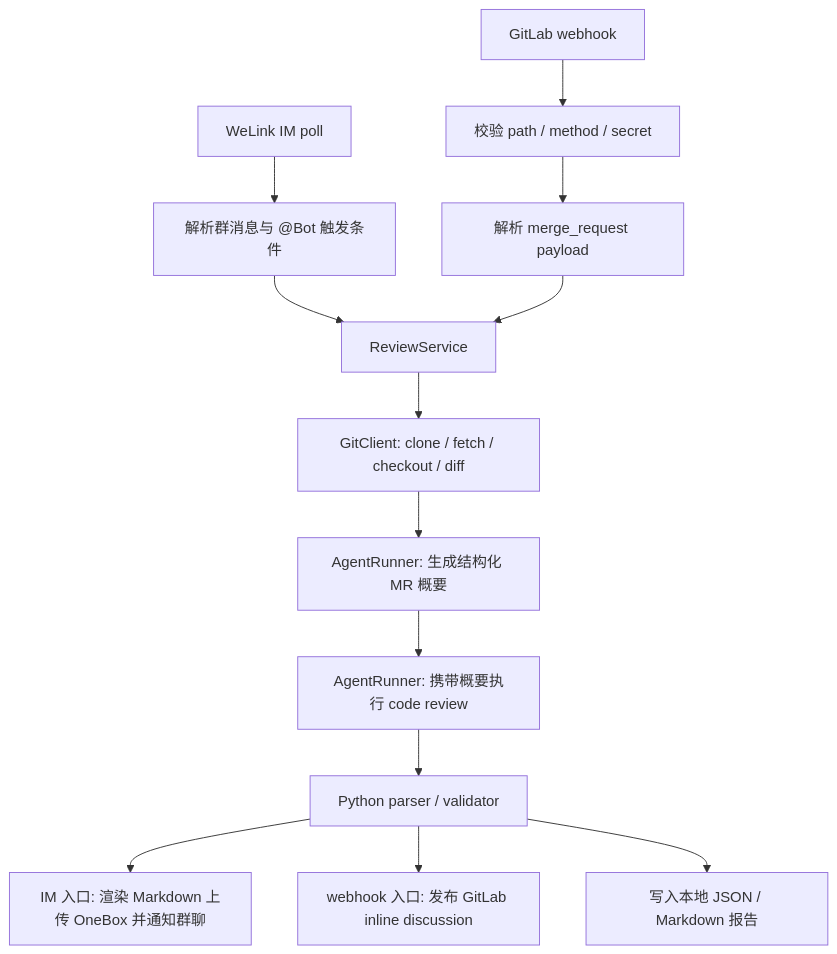
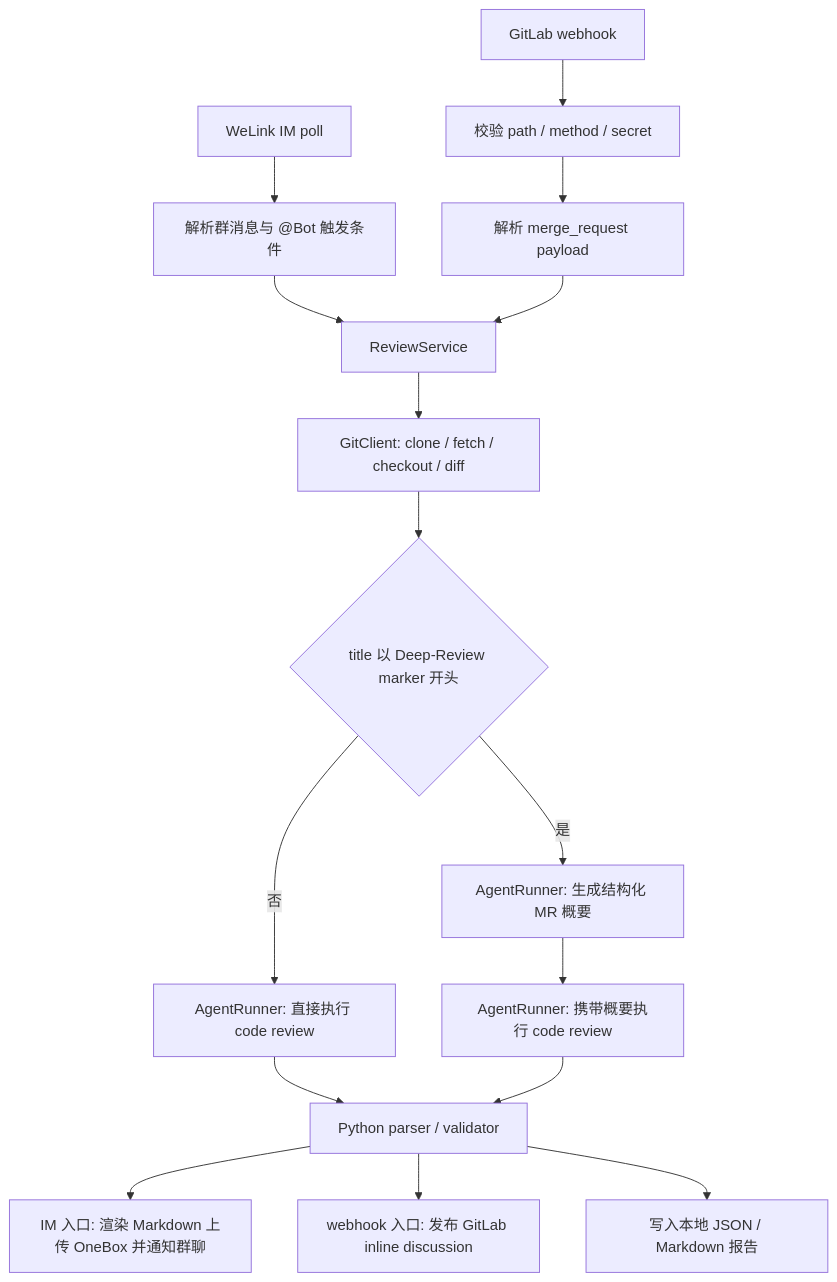
The first of 3 diagrams in docs/DESIGN.md (Faye-663/code-mr-reviewer), drawn with Mermaid before and after one commit. The commit also changed other lines of this file and 17 other files, not shown here.

````diff
--- a/docs/DESIGN.md
+++ b/docs/DESIGN.md
@@ -7,15 +7,18 @@
 ```mermaid
 flowchart TD
     A["WeLink IM poll"] --> B["解析群消息与 @Bot 触发条件"]
     C["GitLab webhook"] --> D["校验 path / method / secret"]
     D --> E["解析 merge_request payload"]
     B --> F["ReviewService"]
     E --> F
     F --> G["GitClient: clone / fetch / checkout / diff"]
-    G --> H["AgentRunner: 生成结构化 MR 概要"]
-    H --> I["AgentRunner: 携带概要执行 code review"]
+    G --> H{"title 以 Deep-Review marker 开头"}
+    H -- "否" --> I["AgentRunner: 直接执行 code review"]
+    H -- "是" --> H2["AgentRunner: 生成结构化 MR 概要"]
+    H2 --> I2["AgentRunner: 携带概要执行 code review"]
     I --> J["Python parser / validator"]
+    I2 --> J
     J --> K["IM 入口: 渲染 Markdown 上传 OneBox 并通知群聊"]
     J --> L["webhook 入口: 发布 GitLab inline discussion"]
     J --> M["写入本地 JSON / Markdown 报告"]
 ```
````
